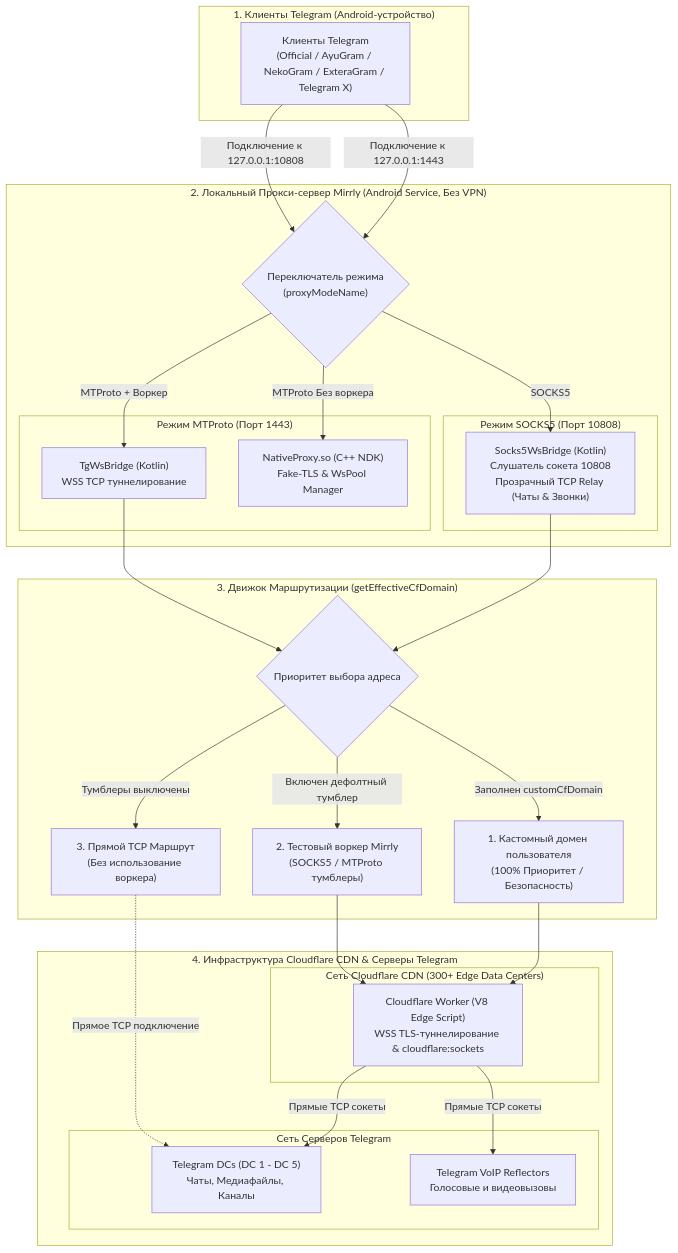
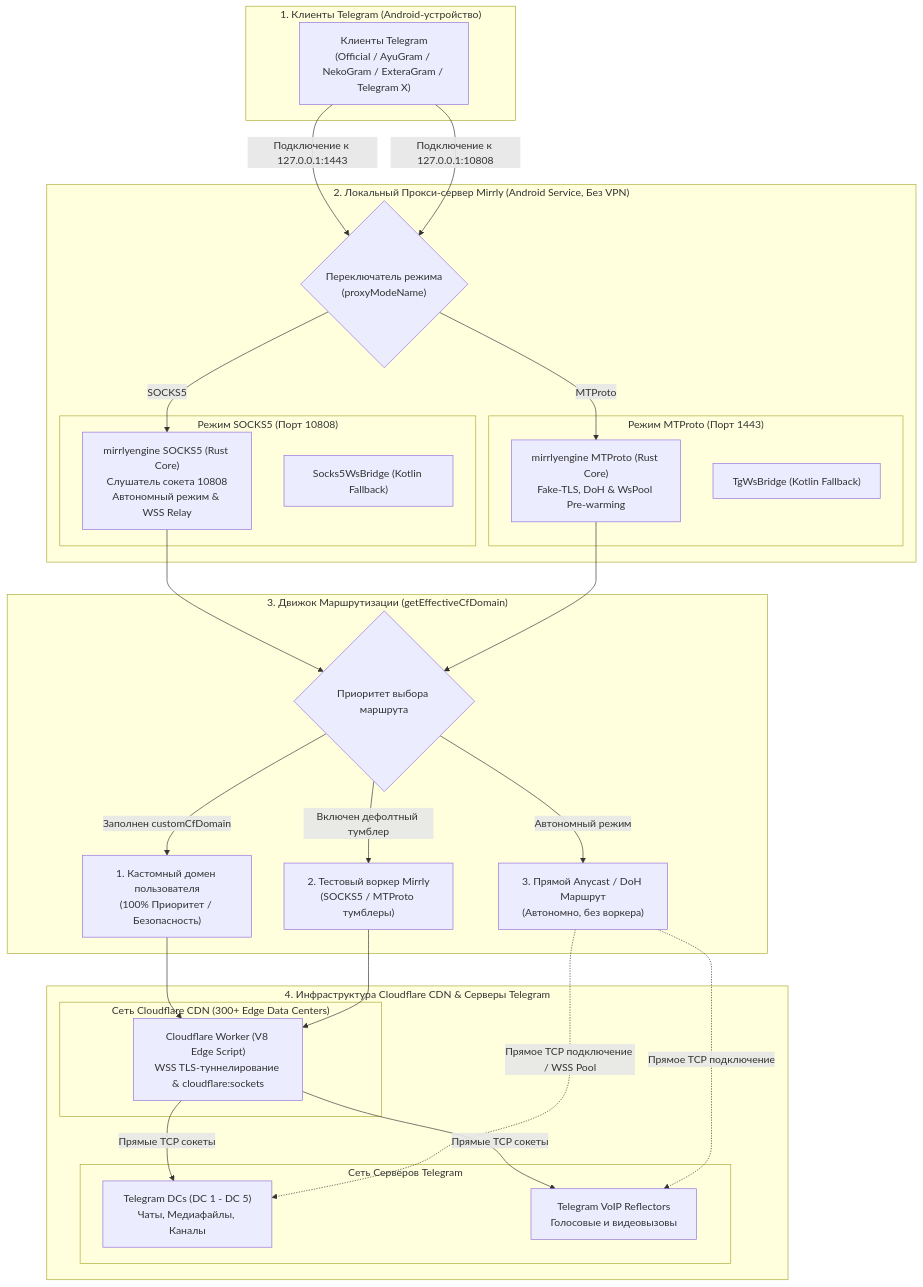
Before and after one commit to joycecurcirt539-dot/Mirrly-TG-Proxy: the diagram in README.md, drawn with Mermaid. The commit also changed other lines of this file, not shown here.

Commit message:
docs(readme): update architecture with mirrlyengine Rust core, FakeTLS, autonomous SOCKS5 and new screenshots

````diff
--- a/README.md
+++ b/README.md
@@ -120,58 +136,59 @@
 ```mermaid
 flowchart TD
     subgraph ClientLayer ["1. Клиенты Telegram (Android-устройство)"]
         TGApp["Клиенты Telegram<br/>(Official / AyuGram / NekoGram / ExteraGram / Telegram X)"]
     end
 
     subgraph ServiceLayer ["2. Локальный Прокси-сервер Mirrly (Android Service, Без VPN)"]
         ModeSwitch{"Переключатель режима<br/>(proxyModeName)"}
         
         subgraph SocksBox ["Режим SOCKS5 (Порт 10808)"]
-            SocksEngine["Socks5WsBridge (Kotlin)<br/>Слушатель сокета 10808<br/>Прозрачный TCP Relay (Чаты & Звонки)"]
+            SocksRust["mirrlyengine SOCKS5 (Rust Core)<br/>Слушатель сокета 10808<br/>Автономный режим & WSS Relay"]
+            SocksKotlin["Socks5WsBridge (Kotlin Fallback)"]
         end
 
         subgraph MtprotoBox ["Режим MTProto (Порт 1443)"]
-            TgWsEngine["TgWsBridge (Kotlin)<br/>WSS TCP туннелирование"]
-            NativeEngine["NativeProxy.so (C++ NDK)<br/>Fake-TLS & WsPool Manager"]
+            MtprotoRust["mirrlyengine MTProto (Rust Core)<br/>Fake-TLS, DoH & WsPool Pre-warming"]
+            MtprotoKotlin["TgWsBridge (Kotlin Fallback)"]
         end
 
-        ModeSwitch -->|SOCKS5| SocksEngine
-        ModeSwitch -->|MTProto + Воркер| TgWsEngine
-        ModeSwitch -->|MTProto Без воркера| NativeEngine
+        ModeSwitch -->|SOCKS5| SocksRust
+        ModeSwitch -->|MTProto| MtprotoRust
     end
 
     subgraph ResolverLayer ["3. Движок Маршрутизации (getEffectiveCfDomain)"]
-        WorkerResolver{"Приоритет выбора адреса"}
+        WorkerResolver{"Приоритет выбора маршрута"}
         UserWorker["1. Кастомный домен пользователя<br/>(100% Приоритет / Безопасность)"]
         DefaultWorker["2. Тестовый воркер Mirrly<br/>(SOCKS5 / MTProto тумблеры)"]
-        DirectRoute["3. Прямой TCP Маршрут<br/>(Без использование воркера)"]
+        DirectRoute["3. Прямой Anycast / DoH Маршрут<br/>(Автономно, без воркера)"]
 
         WorkerResolver -->|Заполнен customCfDomain| UserWorker
         WorkerResolver -->|Включен дефолтный тумблер| DefaultWorker
-        WorkerResolver -->|Тумблеры выключены| DirectRoute
+        WorkerResolver -->|Автономный режим| DirectRoute
     end
 
     subgraph InfrastructureLayer ["4. Инфраструктура Cloudflare CDN & Серверы Telegram"]
         subgraph CFEdge ["Сеть Cloudflare CDN (300+ Edge Data Centers)"]
             CFWorker["Cloudflare Worker (V8 Edge Script)<br/>WSS TLS-туннелирование & cloudflare:sockets"]
         end
 
         subgraph TelegramInfra ["Сеть Серверов Telegram"]
             TelegramDC["Telegram DCs (DC 1 - DC 5)<br/>Чаты, Медиафайлы, Каналы"]
             VoIPNodes["Telegram VoIP Reflectors<br/>Голосовые и видеовызовы"]
         end
 
         CFWorker -->|Прямые TCP сокеты| TelegramDC
         CFWorker -->|Прямые TCP сокеты| VoIPNodes
-        DirectRoute -.->|Прямое TCP подключение| TelegramDC
+        DirectRoute -.->|Прямое TCP подключение / WSS Pool| TelegramDC
+        DirectRoute -.->|Прямое TCP подключение| VoIPNodes
     end
 
     TGApp -->|Подключение к 127.0.0.1:1443| ModeSwitch
     TGApp -->|Подключение к 127.0.0.1:10808| ModeSwitch
     
-    SocksEngine --> WorkerResolver
-    TgWsEngine --> WorkerResolver
+    SocksRust --> WorkerResolver
+    MtprotoRust --> WorkerResolver
     
     UserWorker --> CFWorker
     DefaultWorker --> CFWorker
 ```
````
